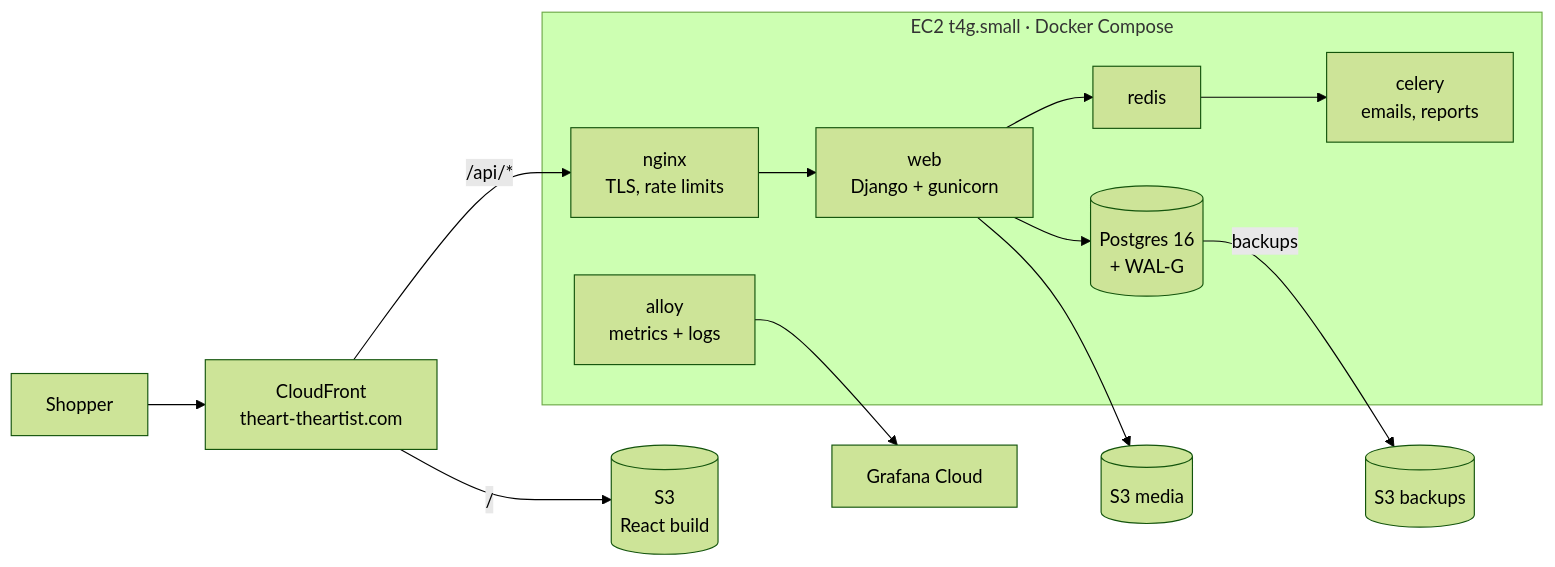
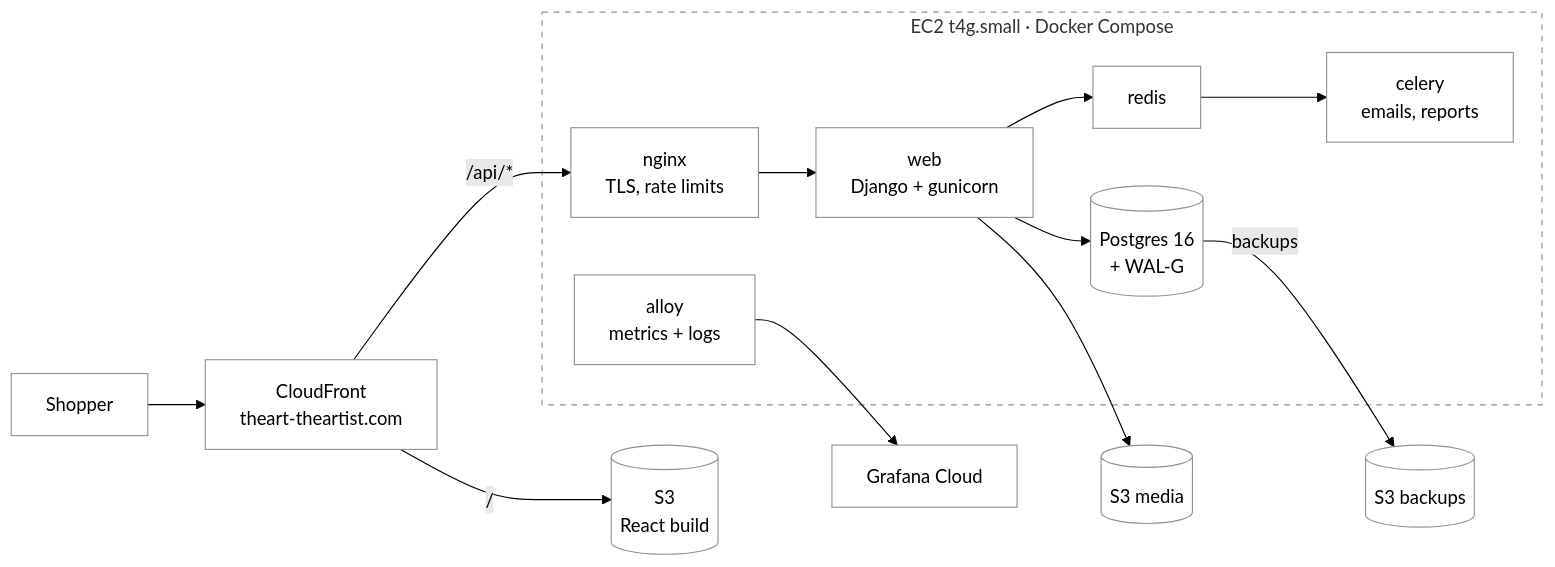
Before and after one commit to MateTeam251/brand-clothing-tp251: the first of 2 diagrams in docs/devops-overview.md, drawn with Mermaid (forest theme). The commit also changed other lines of this file, not shown here.

Commit message:
docs: transparent diagram boxes

````diff
--- a/docs/devops-overview.md
+++ b/docs/devops-overview.md
@@ -22,15 +22,18 @@
 ```mermaid
 flowchart LR
     U[Shopper] --> CF[CloudFront<br/>theart-theartist.com]
     CF -- "/" --> FE[(S3<br/>React build)]
     CF -- "/api/*" --> NG
     subgraph EC2 ["EC2 t4g.small · Docker Compose"]
         NG[nginx<br/>TLS, rate limits] --> WEB[web<br/>Django + gunicorn]
         WEB --> DB[(Postgres 16<br/>+ WAL-G)]
         WEB --> RD[redis] --> CEL[celery<br/>emails, reports]
         AL[alloy<br/>metrics + logs]
     end
     WEB --> MEDIA[(S3 media)]
     DB -- "backups" --> BK[(S3 backups)]
     AL --> GF[Grafana Cloud]
+    %% Transparent boxes: readable in GitHub light and dark mode
+    classDef default fill:transparent,stroke:#8b949e,stroke-width:1px
+    style EC2 fill:transparent,stroke:#8b949e,stroke-dasharray:5 5
 ```
````
